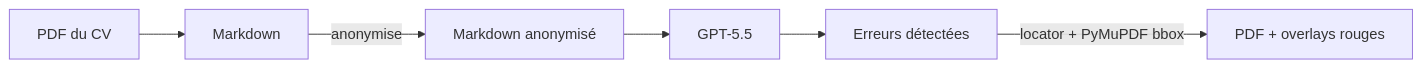
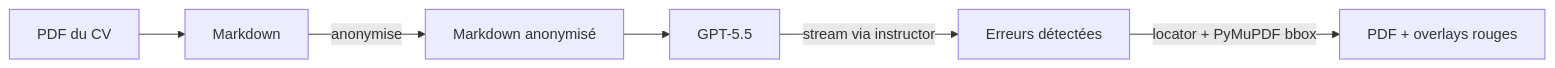
One commit to Athroniaeth/piighost-proofreader changed the diagram in docs/blog/2026-05-26-cv-llm-sans-nom-fr.md. Above: the diagram before and after it, drawn with Mermaid. The commit also changed other lines of this file, not shown here.

Commit message:
docs(blog): new section on instructor + streaming, with the LangChain/instructor duality as a complication

````diff
--- a/docs/blog/2026-05-26-cv-llm-sans-nom-fr.md
+++ b/docs/blog/2026-05-26-cv-llm-sans-nom-fr.md
@@ -16,8 +16,8 @@
 ```mermaid
 flowchart LR
   PDF[PDF du CV] --> Markdown
   Markdown -->|anonymise| Anon[Markdown anonymisé]
   Anon --> LLM[GPT-5.5]
-  LLM --> Mistakes[Erreurs détectées]
+  LLM -->|stream via instructor| Mistakes[Erreurs détectées]
   Mistakes -->|locator + PyMuPDF bbox| PDF2[PDF + overlays rouges]
 ```
````
